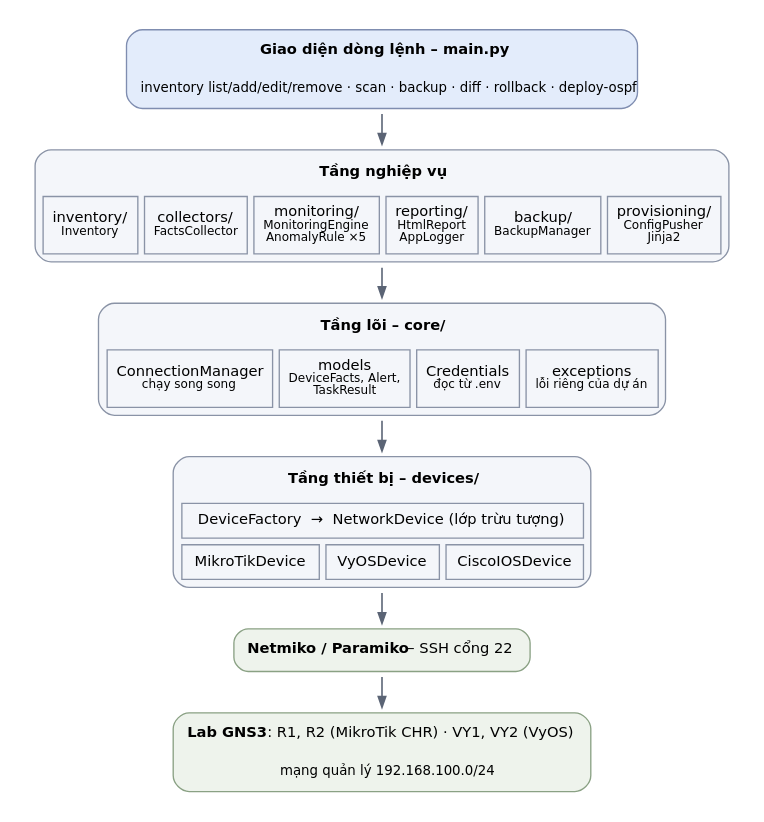
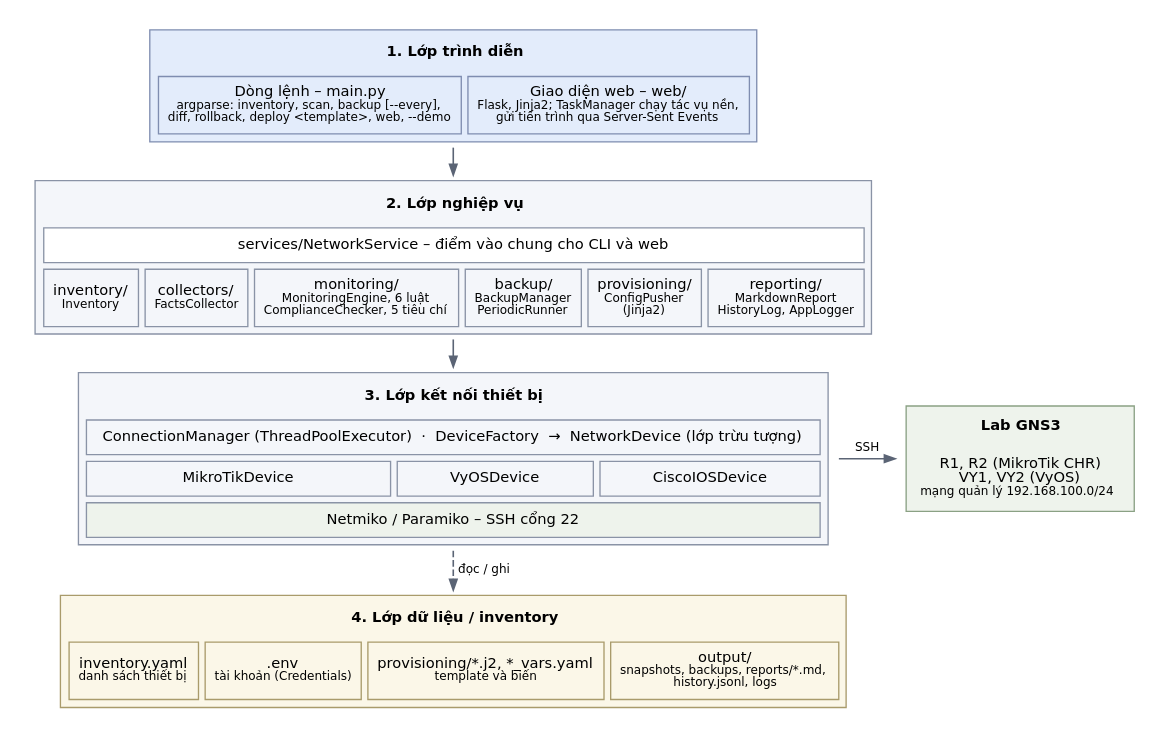
Before and after one commit to nhat-thang/network-inventory-monitor: the diagram in docs/diagrams/architecture.dot, drawn with Graphviz. The commit also changed 14 other files, not shown here.

First line of the commit message:
docs: architecture document updated to section 6.2 of the assignment

```diff
--- a/docs/diagrams/architecture.dot
+++ b/docs/diagrams/architecture.dot
@@ -1,39 +1,41 @@
 digraph G {
-  graph [rankdir=TB, fontname="DejaVu Sans", ranksep=0.32, bgcolor="white", pad=0.15];
+  graph [rankdir=TB, fontname="DejaVu Sans", ranksep=0.28, bgcolor="white", pad=0.15];
   node  [shape=plaintext, fontname="DejaVu Sans", fontsize=11];
   edge  [color="#5b6475", arrowsize=0.8, penwidth=1.2];
 
-  cli [label=<<table border="1" cellborder="0" cellpadding="7" bgcolor="#e3ecfb" color="#7f8db0" style="rounded">
-    <tr><td><b>Giao diện dòng lệnh – main.py</b></td></tr>
-    <tr><td><font point-size="10">inventory list/add/edit/remove · scan · backup · diff · rollback · deploy-ospf</font></td></tr></table>>];
+  pres [label=<<table border="1" cellborder="1" cellspacing="5" cellpadding="6" bgcolor="#e3ecfb" color="#7f8db0">
+    <tr><td colspan="2" border="0"><b>1. Lớp trình diễn</b></td></tr>
+    <tr><td>Dòng lệnh – main.py<br/><font point-size="9">argparse: inventory, scan, backup [--every],<br/>diff, rollback, deploy &lt;template&gt;, web, --demo</font></td>
+        <td>Giao diện web – web/<br/><font point-size="9">Flask, Jinja2; TaskManager chạy tác vụ nền,<br/>gửi tiến trình qua Server-Sent Events</font></td></tr></table>>];
 
-  app [label=<<table border="1" cellborder="1" cellspacing="5" cellpadding="6" bgcolor="#f4f6fa" color="#8a93a6" style="rounded">
-    <tr><td colspan="6" border="0"><b>Tầng nghiệp vụ</b></td></tr>
+  biz [label=<<table border="1" cellborder="1" cellspacing="5" cellpadding="6" bgcolor="#f4f6fa" color="#8a93a6">
+    <tr><td colspan="6" border="0"><b>2. Lớp nghiệp vụ</b></td></tr>
+    <tr><td colspan="6" bgcolor="#ffffff">services/NetworkService – điểm vào chung cho CLI và web</td></tr>
     <tr><td>inventory/<br/><font point-size="9">Inventory</font></td>
         <td>collectors/<br/><font point-size="9">FactsCollector</font></td>
-        <td>monitoring/<br/><font point-size="9">MonitoringEngine<br/>AnomalyRule ×5</font></td>
-        <td>reporting/<br/><font point-size="9">HtmlReport<br/>AppLogger</font></td>
-        <td>backup/<br/><font point-size="9">BackupManager</font></td>
-        <td>provisioning/<br/><font point-size="9">ConfigPusher<br/>Jinja2</font></td></tr></table>>];
+        <td>monitoring/<br/><font point-size="9">MonitoringEngine, 6 luật<br/>ComplianceChecker, 5 tiêu chí</font></td>
+        <td>backup/<br/><font point-size="9">BackupManager<br/>PeriodicRunner</font></td>
+        <td>provisioning/<br/><font point-size="9">ConfigPusher<br/>(Jinja2)</font></td>
+        <td>reporting/<br/><font point-size="9">MarkdownReport<br/>HistoryLog, AppLogger</font></td></tr></table>>];
 
-  core [label=<<table border="1" cellborder="1" cellspacing="5" cellpadding="6" bgcolor="#f4f6fa" color="#8a93a6" style="rounded">
-    <tr><td colspan="4" border="0"><b>Tầng lõi – core/</b></td></tr>
-    <tr><td>ConnectionManager<br/><font point-size="9">chạy song song</font></td>
-        <td>models<br/><font point-size="9">DeviceFacts, Alert,<br/>TaskResult</font></td>
-        <td>Credentials<br/><font point-size="9">đọc từ .env</font></td>
-        <td>exceptions<br/><font point-size="9">lỗi riêng của dự án</font></td></tr></table>>];
+  conn [label=<<table border="1" cellborder="1" cellspacing="5" cellpadding="6" bgcolor="#f4f6fa" color="#8a93a6">
+    <tr><td colspan="3" border="0"><b>3. Lớp kết nối thiết bị</b></td></tr>
+    <tr><td colspan="3">ConnectionManager (ThreadPoolExecutor)  ·  DeviceFactory  →  NetworkDevice (lớp trừu tượng)</td></tr>
+    <tr><td>MikroTikDevice</td><td>VyOSDevice</td><td>CiscoIOSDevice</td></tr>
+    <tr><td colspan="3" bgcolor="#eef3ec">Netmiko / Paramiko – SSH cổng 22</td></tr></table>>];
 
-  dev [label=<<table border="1" cellborder="1" cellspacing="5" cellpadding="6" bgcolor="#f4f6fa" color="#8a93a6" style="rounded">
-    <tr><td colspan="3" border="0"><b>Tầng thiết bị – devices/</b></td></tr>
-    <tr><td colspan="3">DeviceFactory  →  NetworkDevice (lớp trừu tượng)</td></tr>
-    <tr><td>MikroTikDevice</td><td>VyOSDevice</td><td>CiscoIOSDevice</td></tr></table>>];
+  data [label=<<table border="1" cellborder="1" cellspacing="5" cellpadding="6" bgcolor="#fbf7e8" color="#a99b6b">
+    <tr><td colspan="4" border="0"><b>4. Lớp dữ liệu / inventory</b></td></tr>
+    <tr><td>inventory.yaml<br/><font point-size="9">danh sách thiết bị</font></td>
+        <td>.env<br/><font point-size="9">tài khoản (Credentials)</font></td>
+        <td>provisioning/*.j2, *_vars.yaml<br/><font point-size="9">template và biến</font></td>
+        <td>output/<br/><font point-size="9">snapshots, backups, reports/*.md,<br/>history.jsonl, logs</font></td></tr></table>>];
 
-  ssh [label=<<table border="1" cellborder="0" cellpadding="7" bgcolor="#eef3ec" color="#8aa184" style="rounded">
-    <tr><td><b>Netmiko / Paramiko</b> – SSH cổng 22</td></tr></table>>];
+  lab [label=<<table border="1" cellborder="0" cellpadding="7" bgcolor="#eef3ec" color="#8aa184">
+    <tr><td><b>Lab GNS3</b></td></tr><tr><td>R1, R2 (MikroTik CHR)<br/>VY1, VY2 (VyOS)<br/><font point-size="9">mạng quản lý 192.168.100.0/24</font></td></tr></table>>];
 
-  lab [label=<<table border="1" cellborder="0" cellpadding="7" bgcolor="#eef3ec" color="#8aa184" style="rounded">
-    <tr><td><b>Lab GNS3</b>: R1, R2 (MikroTik CHR) · VY1, VY2 (VyOS)</td></tr>
-    <tr><td><font point-size="10">mạng quản lý 192.168.100.0/24</font></td></tr></table>>];
-
-  cli -> app -> core -> dev -> ssh -> lab;
+  pres -> biz -> conn;
+  conn -> data [label=" đọc / ghi ", fontname="DejaVu Sans", fontsize=9, style=dashed];
+  conn -> lab [label=" SSH ", fontname="DejaVu Sans", fontsize=9];
+  {rank=same; conn; lab}
 }
```
